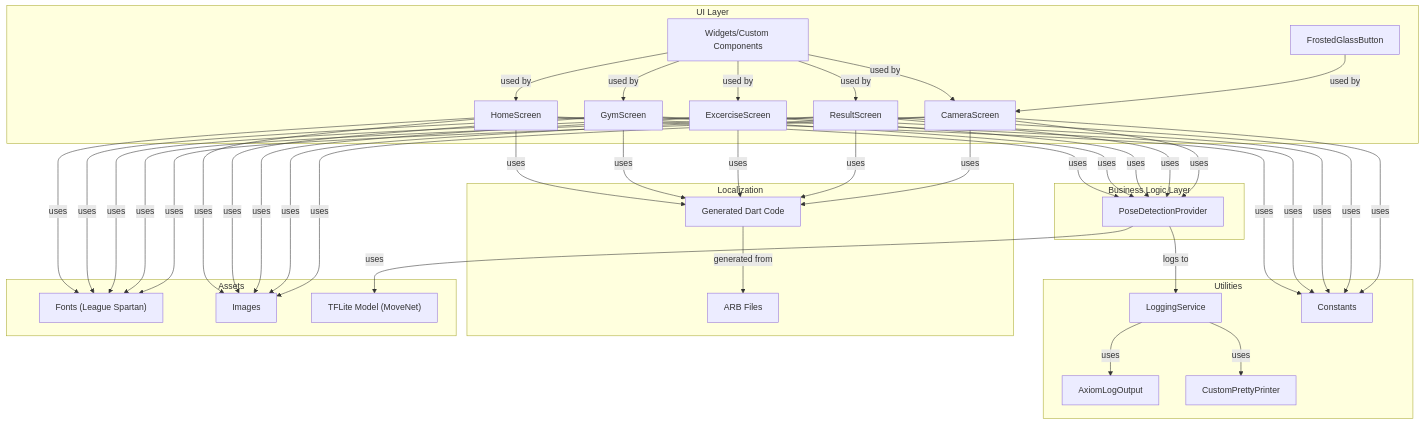
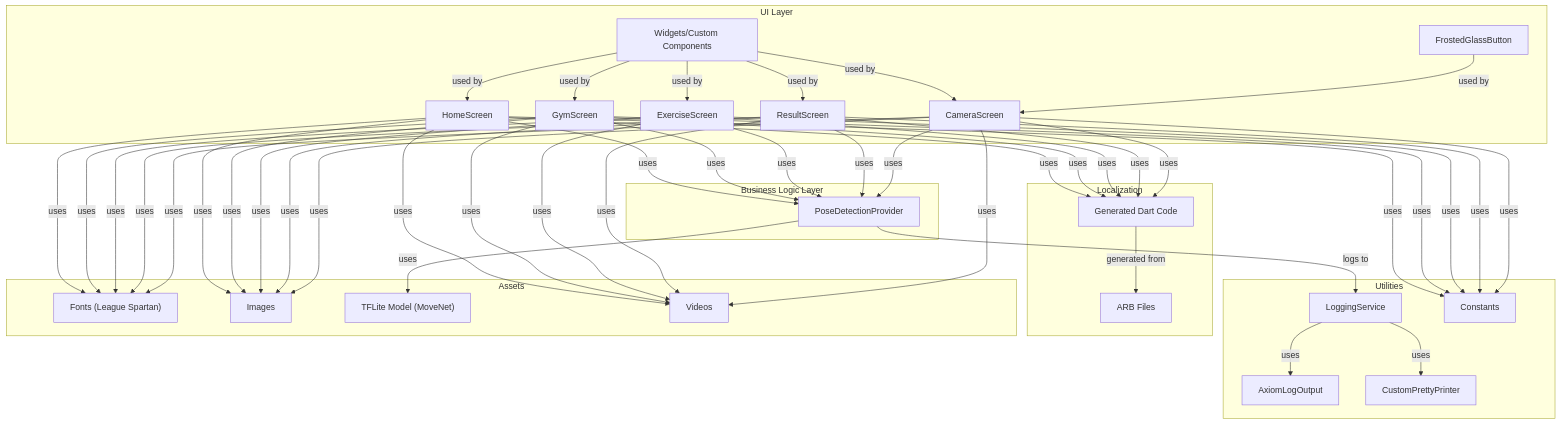
The diagram in README.md (LolBaum/PeakForm), drawn with Mermaid before and after one commit. The commit also changed other lines of this file and 5 other files, not shown here.

````diff
--- a/README.md
+++ b/README.md
@@ -110,67 +116,73 @@
 ```mermaid
 flowchart TD
   subgraph UI_Layer[UI Layer]
     HomeScreen["HomeScreen"]
     GymScreen["GymScreen"]
-    ExcerciseScreen["ExcerciseScreen"]
+    ExerciseScreen["ExerciseScreen"]
     ResultScreen["ResultScreen"]
     CameraScreen["CameraScreen"]
     Widgets["Widgets/Custom Components"]
     FrostedGlassButton["FrostedGlassButton"]
   end
   subgraph Providers[Business Logic Layer]
     PoseDetectionProvider["PoseDetectionProvider"]
   end
   subgraph Util[Utilities]
     LoggingService["LoggingService"]
     AxiomLogOutput["AxiomLogOutput"]
     CustomPrettyPrinter["CustomPrettyPrinter"]
     Constants["Constants"]
   end
   subgraph L10n[Localization]
     L10nFiles["ARB Files"]
     L10nGen["Generated Dart Code"]
   end
   subgraph Assets[Assets]
     Fonts["Fonts (League Spartan)"]
     Images["Images"]
     Model["TFLite Model (MoveNet)"]
+    Videos["Videos"]
   end
 
   HomeScreen -->|"uses"| PoseDetectionProvider
   GymScreen -->|"uses"| PoseDetectionProvider
-  ExcerciseScreen -->|"uses"| PoseDetectionProvider
+  ExerciseScreen -->|"uses"| PoseDetectionProvider
   ResultScreen -->|"uses"| PoseDetectionProvider
   CameraScreen -->|"uses"| PoseDetectionProvider
   Widgets -->|"used by"| HomeScreen
   Widgets -->|"used by"| GymScreen
-  Widgets -->|"used by"| ExcerciseScreen
+  Widgets -->|"used by"| ExerciseScreen
   Widgets -->|"used by"| ResultScreen
   Widgets -->|"used by"| CameraScreen
   FrostedGlassButton -->|"used by"| CameraScreen
   PoseDetectionProvider -->|"logs to"| LoggingService
   LoggingService -->|"uses"| AxiomLogOutput
   LoggingService -->|"uses"| CustomPrettyPrinter
   HomeScreen -->|"uses"| Constants
   GymScreen -->|"uses"| Constants
-  ExcerciseScreen -->|"uses"| Constants
+  ExerciseScreen -->|"uses"| Constants
   ResultScreen -->|"uses"| Constants
   CameraScreen -->|"uses"| Constants
   HomeScreen -->|"uses"| L10nGen
   GymScreen -->|"uses"| L10nGen
-  ExcerciseScreen -->|"uses"| L10nGen
+  ExerciseScreen -->|"uses"| L10nGen
   ResultScreen -->|"uses"| L10nGen
   CameraScreen -->|"uses"| L10nGen
   L10nGen -->|"generated from"| L10nFiles
   PoseDetectionProvider -->|"uses"| Model
   HomeScreen -->|"uses"| Images
   GymScreen -->|"uses"| Images
-  ExcerciseScreen -->|"uses"| Images
+  ExerciseScreen -->|"uses"| Images
   ResultScreen -->|"uses"| Images
   CameraScreen -->|"uses"| Images
+  HomeScreen -->|"uses"| Videos
+  GymScreen -->|"uses"| Videos
+  ExerciseScreen -->|"uses"| Videos
+  ResultScreen -->|"uses"| Videos
+  CameraScreen -->|"uses"| Videos
   HomeScreen -->|"uses"| Fonts
   GymScreen -->|"uses"| Fonts
-  ExcerciseScreen -->|"uses"| Fonts
+  ExerciseScreen -->|"uses"| Fonts
   ResultScreen -->|"uses"| Fonts
   CameraScreen -->|"uses"| Fonts
 ```
````
